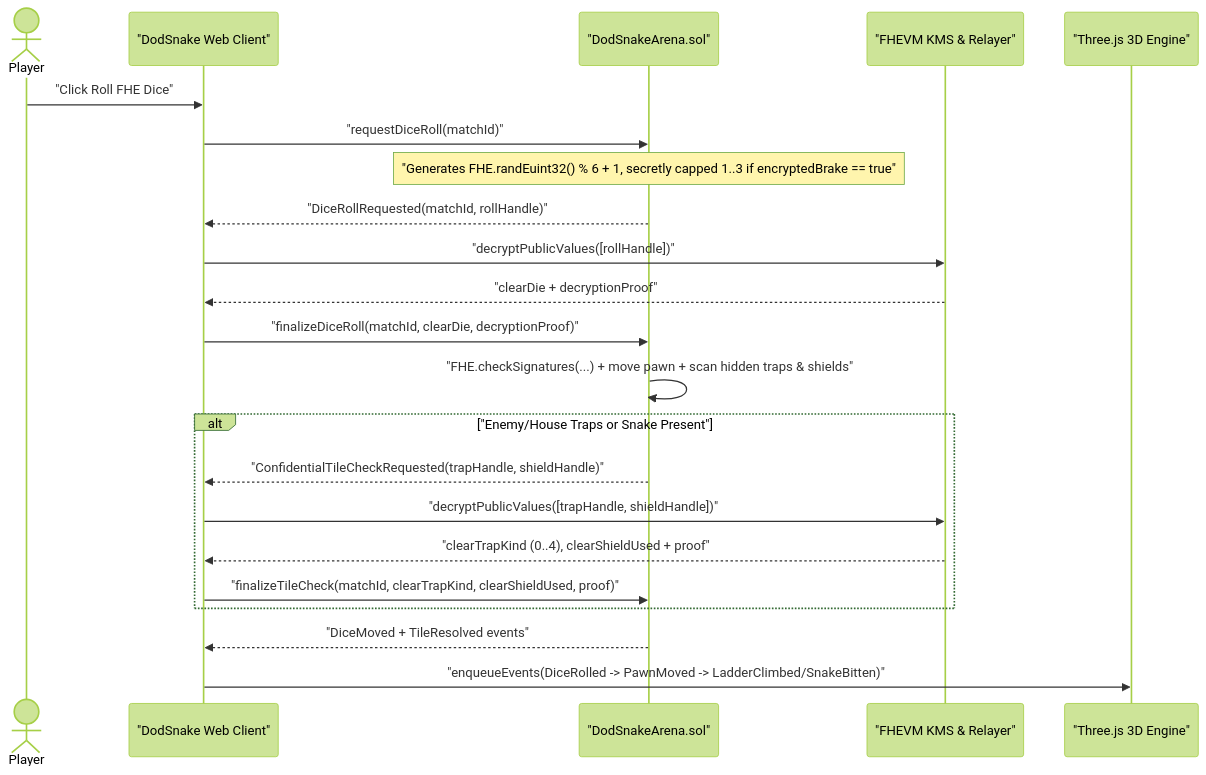
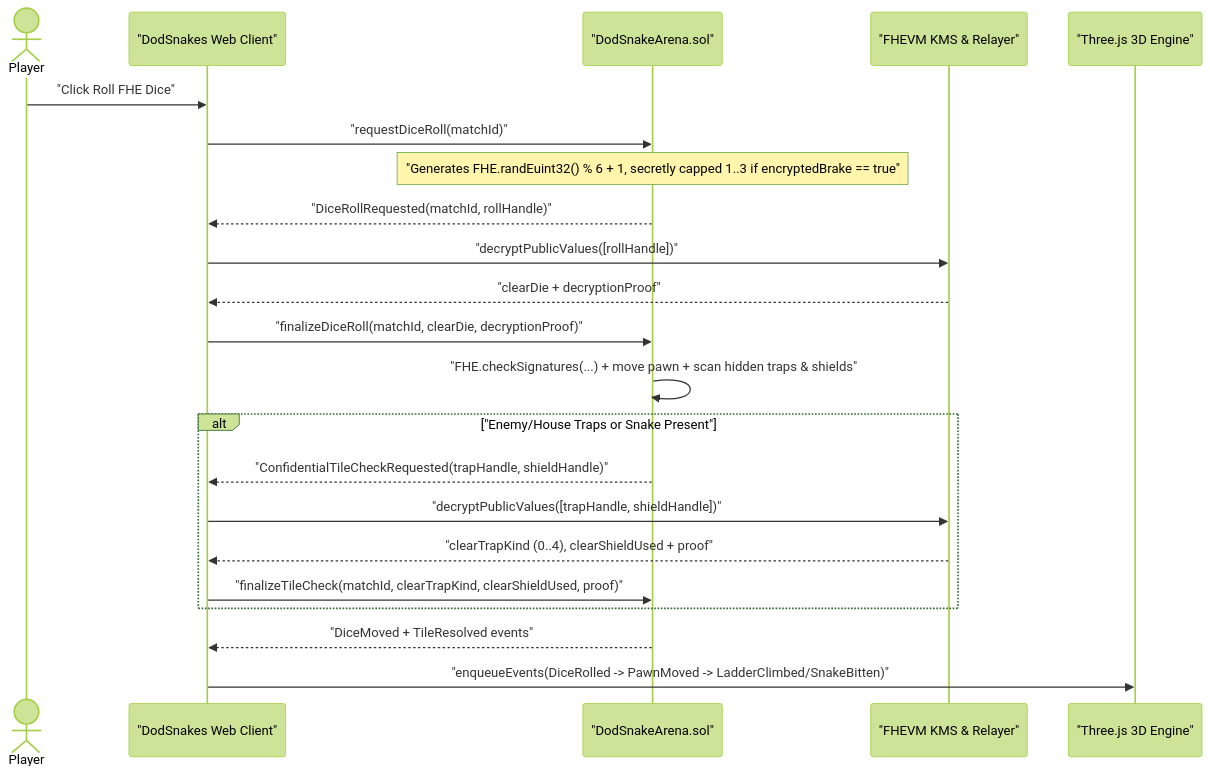
One commit to chenn19I/DodSnakes changed the second of 3 diagrams in README.md. Above: the diagram before and after it, drawn with Mermaid (forest theme). The commit also changed other lines of this file, not shown here.

Commit message:
docs(readme): rebrand documentation to DodSnakes and refresh Season 5 submission checklist

````diff
--- a/README.md
+++ b/README.md
@@ -69,25 +69,25 @@
 ```mermaid
 sequenceDiagram
     actor Player
-    participant Client as "DodSnake Web Client"
+    participant Client as "DodSnakes Web Client"
     participant Arena as "DodSnakeArena.sol"
     participant KMS as "FHEVM KMS & Relayer"
     participant Scene as "Three.js 3D Engine"
 
     Player->>Client: "Click Roll FHE Dice"
     Client->>Arena: "requestDiceRoll(matchId)"
     Note over Arena: "Generates FHE.randEuint32() % 6 + 1, secretly capped 1..3 if encryptedBrake == true"
     Arena-->>Client: "DiceRollRequested(matchId, rollHandle)"
     Client->>KMS: "decryptPublicValues([rollHandle])"
     KMS-->>Client: "clearDie + decryptionProof"
     Client->>Arena: "finalizeDiceRoll(matchId, clearDie, decryptionProof)"
     Arena->>Arena: "FHE.checkSignatures(...) + move pawn + scan hidden traps & shields"
     alt "Enemy/House Traps or Snake Present"
         Arena-->>Client: "ConfidentialTileCheckRequested(trapHandle, shieldHandle)"
         Client->>KMS: "decryptPublicValues([trapHandle, shieldHandle])"
         KMS-->>Client: "clearTrapKind (0..4), clearShieldUsed + proof"
         Client->>Arena: "finalizeTileCheck(matchId, clearTrapKind, clearShieldUsed, proof)"
     end
     Arena-->>Client: "DiceMoved + TileResolved events"
     Client->>Scene: "enqueueEvents(DiceRolled -> PawnMoved -> LadderClimbed/SnakeBitten)"
 ```
````
